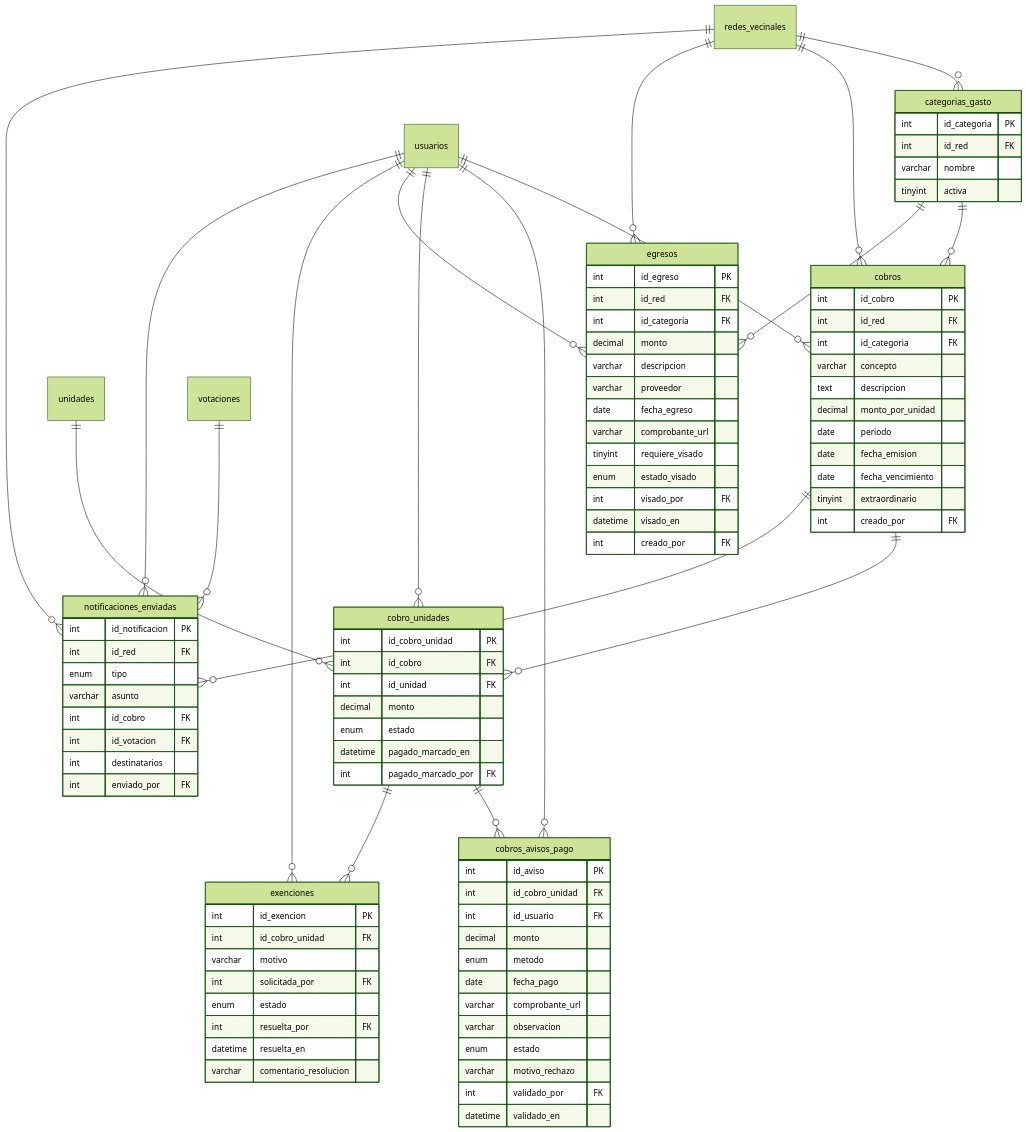
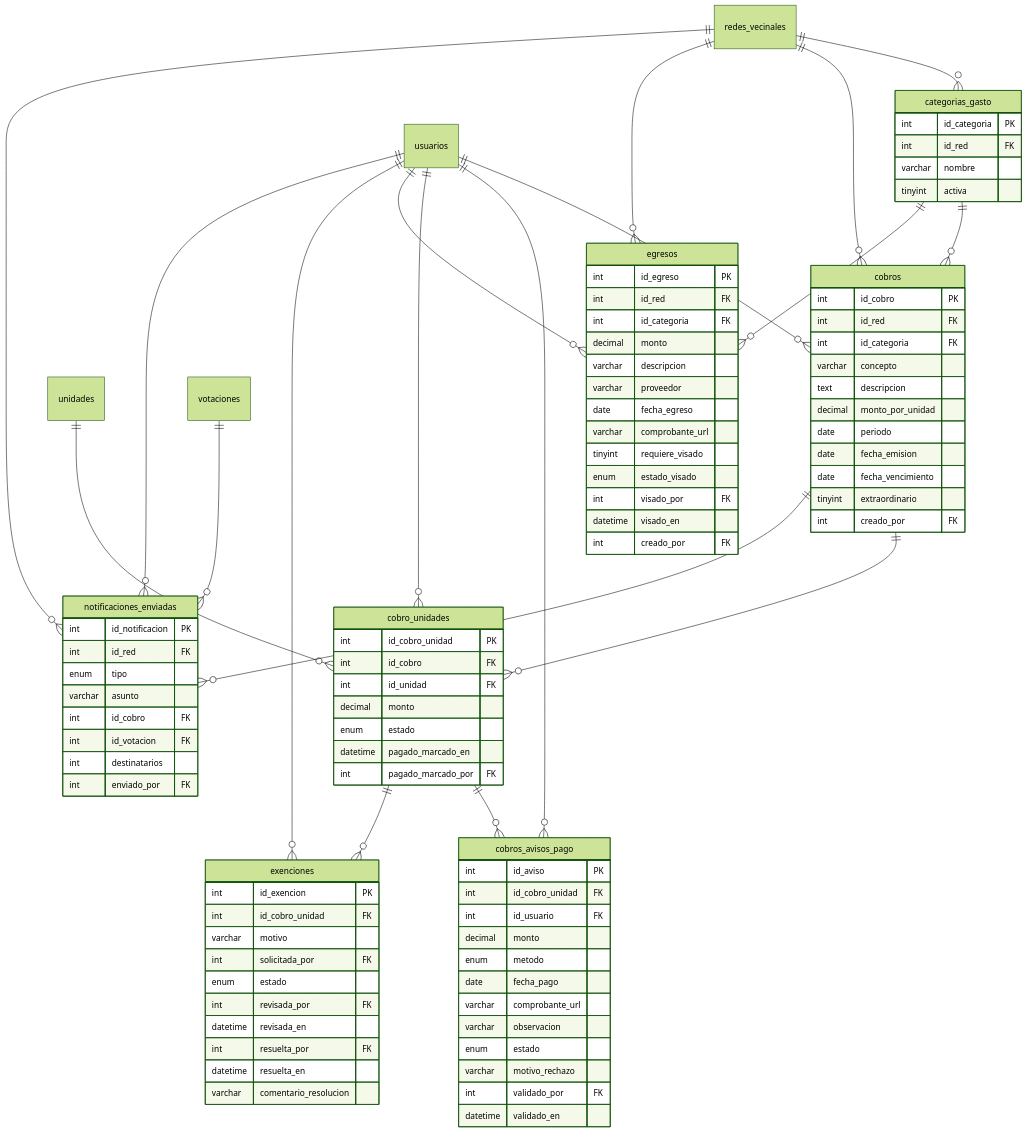
Before and after one commit to JonasMateosValenzuelaLopez/ProyectoTesis: the third of 6 diagrams in FASE-2/Evidencias-Proyecto/Documentación/07-modelo-datos.md, drawn with Mermaid (forest theme). The commit also changed other lines of this file and 27 other files, not shown here.

```diff
--- a/FASE-2/Evidencias-Proyecto/Documentación/07-modelo-datos.md
+++ b/FASE-2/Evidencias-Proyecto/Documentación/07-modelo-datos.md
@@ -322,6 +322,8 @@
         varchar motivo
         int solicitada_por FK
         enum estado
+        int revisada_por FK
+        datetime revisada_en
         int resuelta_por FK
         datetime resuelta_en
         varchar comentario_resolucion
```
